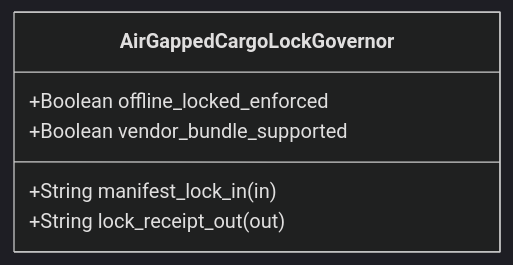
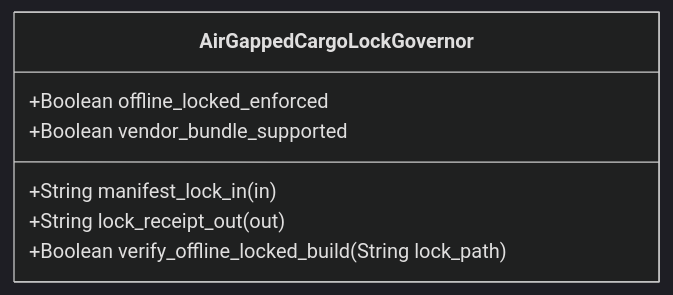
One commit to gintatkinson/DEAP01-spec-core changed the diagram in .pipeline/upstream/docs/features/FEAT-36-AirGappedCargoLockGovernor.md. Above: the diagram before and after it, drawn with Mermaid (dark theme). The commit also changed other lines of this file and 225 other files, not shown here.

````diff
--- a/.pipeline/upstream/docs/features/FEAT-36-AirGappedCargoLockGovernor.md
+++ b/.pipeline/upstream/docs/features/FEAT-36-AirGappedCargoLockGovernor.md
@@ -16,9 +16,10 @@
 ```mermaid
 classDiagram
     class AirGappedCargoLockGovernor {
         +String manifest_lock_in (in)
         +String lock_receipt_out (out)
         +Boolean offline_locked_enforced
         +Boolean vendor_bundle_supported
+        +Boolean verify_offline_locked_build(String lock_path)
     }
 ```
````
